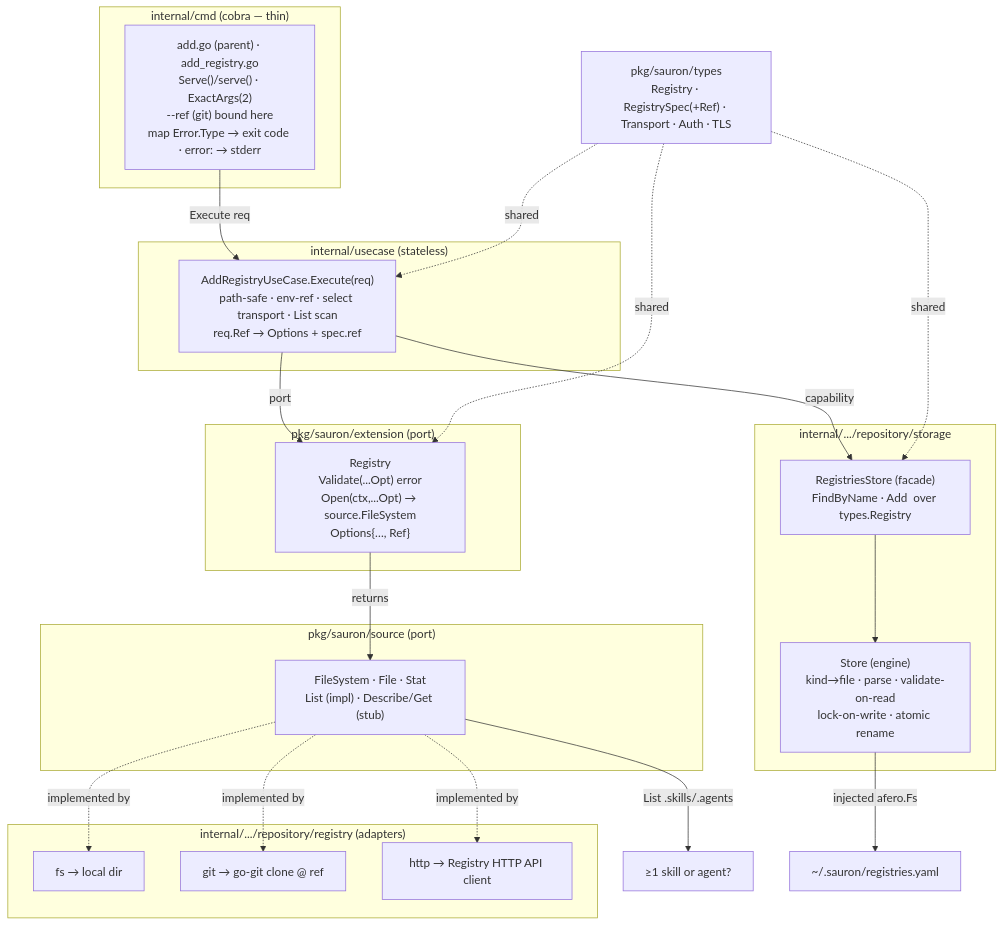
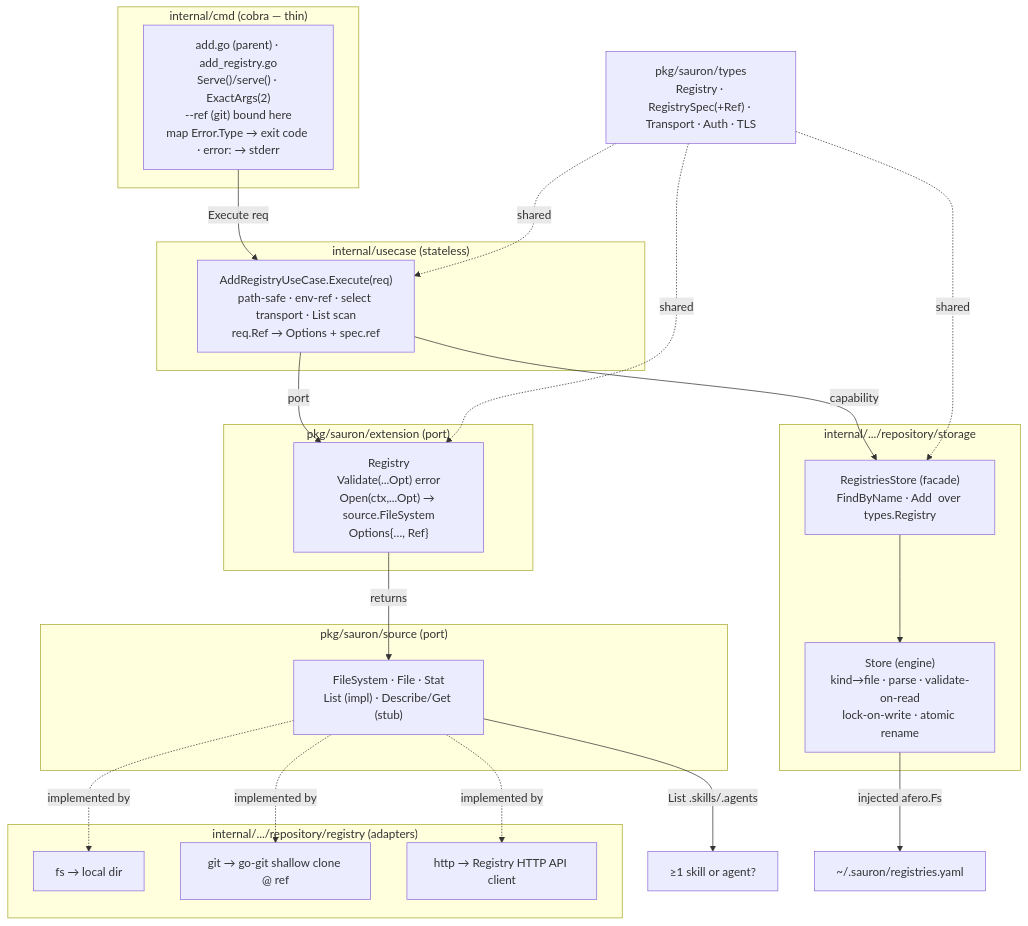
One commit to Delfimarime/sauron changed the first of 3 diagrams in spec/0001-add-registry/plan.md. Above: the diagram before and after it, drawn with Mermaid. The commit also changed other lines of this file and 1 other file, not shown here.

````diff
--- a/spec/0001-add-registry/plan.md
+++ b/spec/0001-add-registry/plan.md
@@ -68,39 +68,39 @@
 ```mermaid
 graph TD
   subgraph cmd["internal/cmd (cobra — thin)"]
     AR["add.go (parent) · add_registry.go<br/>Serve()/serve() · ExactArgs(2)<br/>--ref (git) bound here<br/>map Error.Type → exit code · error: → stderr"]
   end
   subgraph uc["internal/usecase (stateless)"]
     UC["AddRegistryUseCase.Execute(req)<br/>path-safe · env-ref · select transport · List scan<br/>req.Ref → Options + spec.ref"]
   end
   subgraph ext["pkg/sauron/extension (port)"]
     P["Registry<br/>Validate(...Opt) error<br/>Open(ctx,...Opt) → source.FileSystem<br/>Options{…, Ref}"]
   end
   subgraph src["pkg/sauron/source (port)"]
     SRC["FileSystem · File · Stat<br/>List (impl) · Describe/Get (stub)"]
   end
   subgraph reg["internal/.../repository/registry (adapters)"]
     FS["fs → local dir"]
-    GIT["git → go-git clone @ ref"]
+    GIT["git → go-git shallow clone @ ref"]
     HTTP["http → Registry HTTP API client"]
   end
   subgraph store["internal/.../repository/storage"]
     RS["RegistriesStore (facade)<br/>FindByName · Add  over types.Registry"]
     ST["Store (engine)<br/>kind→file · parse · validate-on-read<br/>lock-on-write · atomic rename"]
   end
   TYPES["pkg/sauron/types<br/>Registry · RegistrySpec(+Ref) · Transport · Auth · TLS"]
 
   AR -->|Execute req| UC
   UC -->|port| P
   UC -->|capability| RS
   P -->|returns| SRC
   SRC -.implemented by.-> FS
   SRC -.implemented by.-> GIT
   SRC -.implemented by.-> HTTP
   RS --> ST
   SRC -->|List .skills/.agents| CONTENT["≥1 skill or agent?"]
   ST -->|injected afero.Fs| HOME["~/.sauron/registries.yaml"]
   TYPES -.shared.-> UC
   TYPES -.shared.-> P
   TYPES -.shared.-> RS
 ```
````
